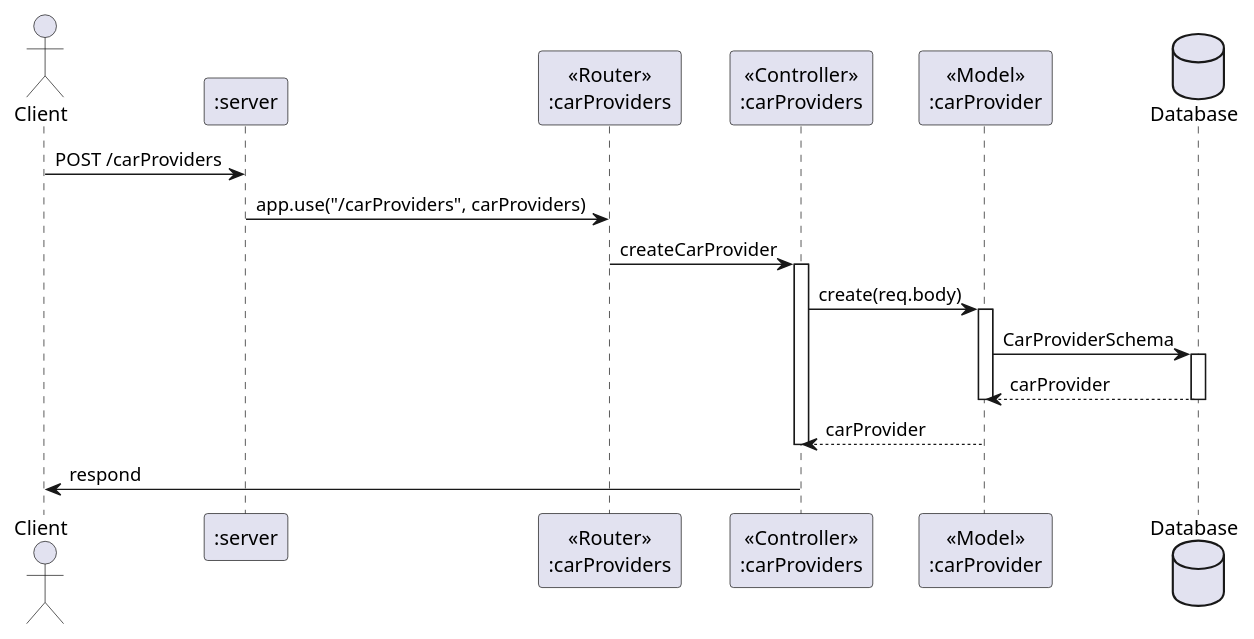
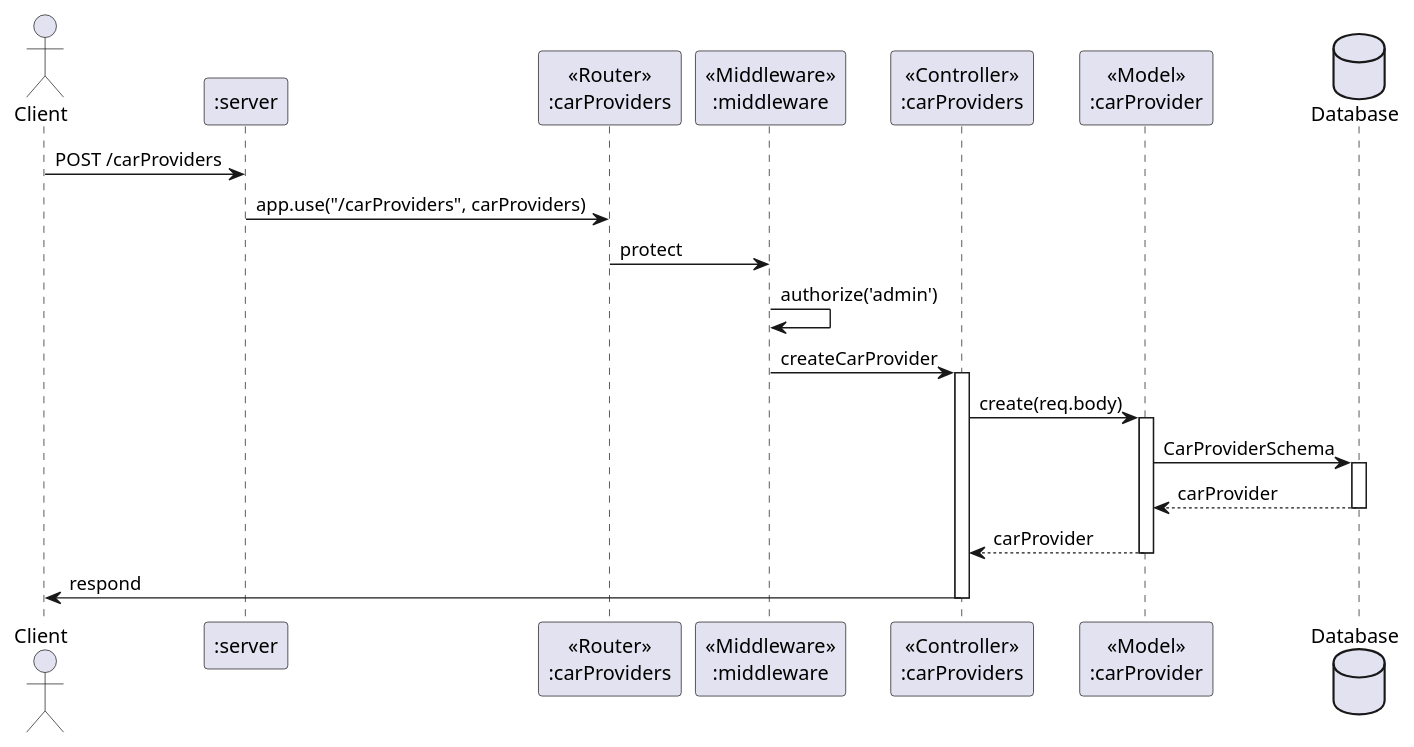
Before and after one commit to cchaiyatad/RenC: the diagram in docs/sequence_diagram/carProviders/post.pu, drawn with PlantUML. The commit also changed 14 other files, not shown here.

```diff
--- a/docs/sequence_diagram/carProviders/post.pu
+++ b/docs/sequence_diagram/carProviders/post.pu
@@ -1,26 +1,29 @@
 @startuml POST /carProviders
 actor       Client       as client
 participant ":server" as server 
 participant "<<Router>>\n:carProviders" as carProviders_router 
+participant "<<Middleware>>\n:middleware" as middleware 
 participant "<<Controller>>\n:carProviders" as carProviders_con 
 participant "<<Model>>\n:carProvider" as carProviders_model 
 database Database as db
 
 client -> server : POST /carProviders
 
 server -> carProviders_router : app.use("/carProviders", carProviders)
-carProviders_router -> carProviders_con : createCarProvider
+carProviders_router -> middleware : protect 
+middleware -> middleware : authorize('admin')
+middleware -> carProviders_con : createCarProvider
 activate carProviders_con
     carProviders_con -> carProviders_model : create(req.body)
     activate carProviders_model
     carProviders_model -> db : CarProviderSchema
         activate db
         db --> carProviders_model : carProvider
         deactivate db
+    carProviders_model --> carProviders_con : carProvider
     deactivate carProviders_model
-    carProviders_model --> carProviders_con : carProvider
+
+carProviders_con -> client :respond
 deactivate carProviders_con
 
-carProviders_con -> client :respond
-
 @enduml
```
